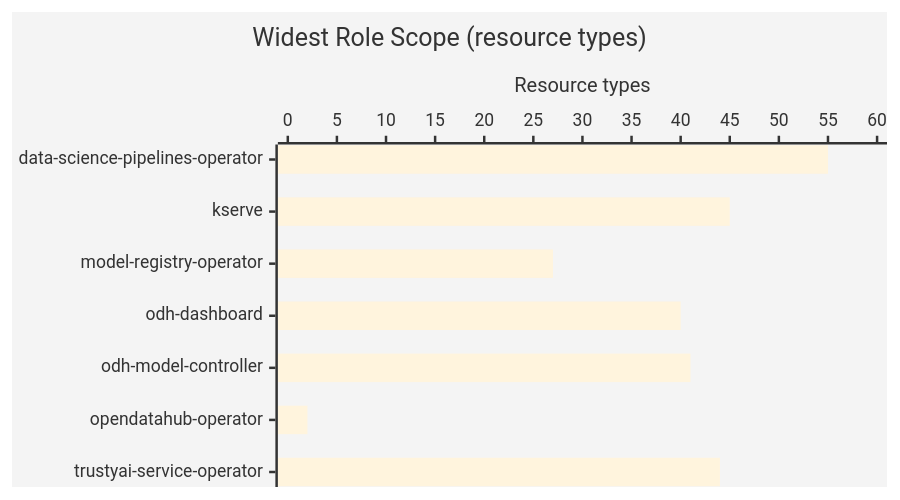
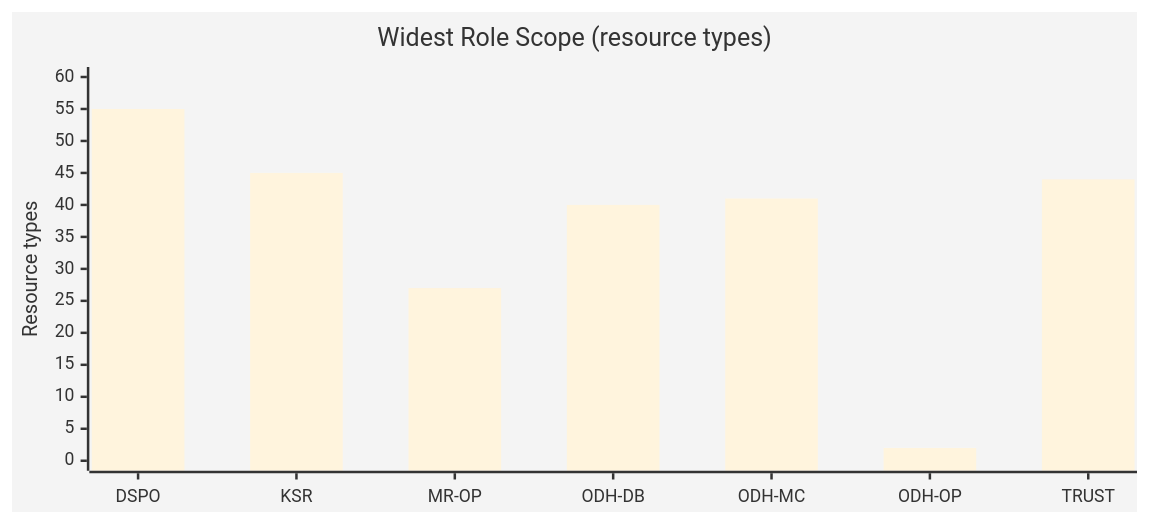
The first of 2 diagrams in docs/rbac-surface.md (ugiordan/architecture-analyzer), drawn with Mermaid before and after one commit. The commit also changed other lines of this file and 8 other files, not shown here.

First line of the commit message:
fix: improve diagram UX with toolbar controls and readable bar charts

````diff
--- a/docs/rbac-surface.md
+++ b/docs/rbac-surface.md
@@ -9,8 +9,8 @@
 ```mermaid
-%%{init: {'theme': 'base', 'themeVariables': {'fontSize': '12px'}, 'xyChart': {'width': 700, 'height': 380}}}%%
-xychart-beta horizontal
+%%{init: {'theme': 'base', 'themeVariables': {'fontSize': '12px'}, 'xyChart': {'width': 900, 'height': 400, 'plotReservedSpacePercent': 60}}}%%
+xychart-beta
     title "Widest Role Scope (resource types)"
-    x-axis ["data-science-pipelines-operator", "kserve", "model-registry-operator", "odh-dashboard", "odh-model-controller", "opendatahub-operator", "trustyai-service-operator"]
+    x-axis ["DSPO", "KSR", "MR-OP", "ODH-DB", "ODH-MC", "ODH-OP", "TRUST"]
     y-axis "Resource types" 0 --> 60
     bar [55, 45, 27, 40, 41, 2, 44]
 ```
````
